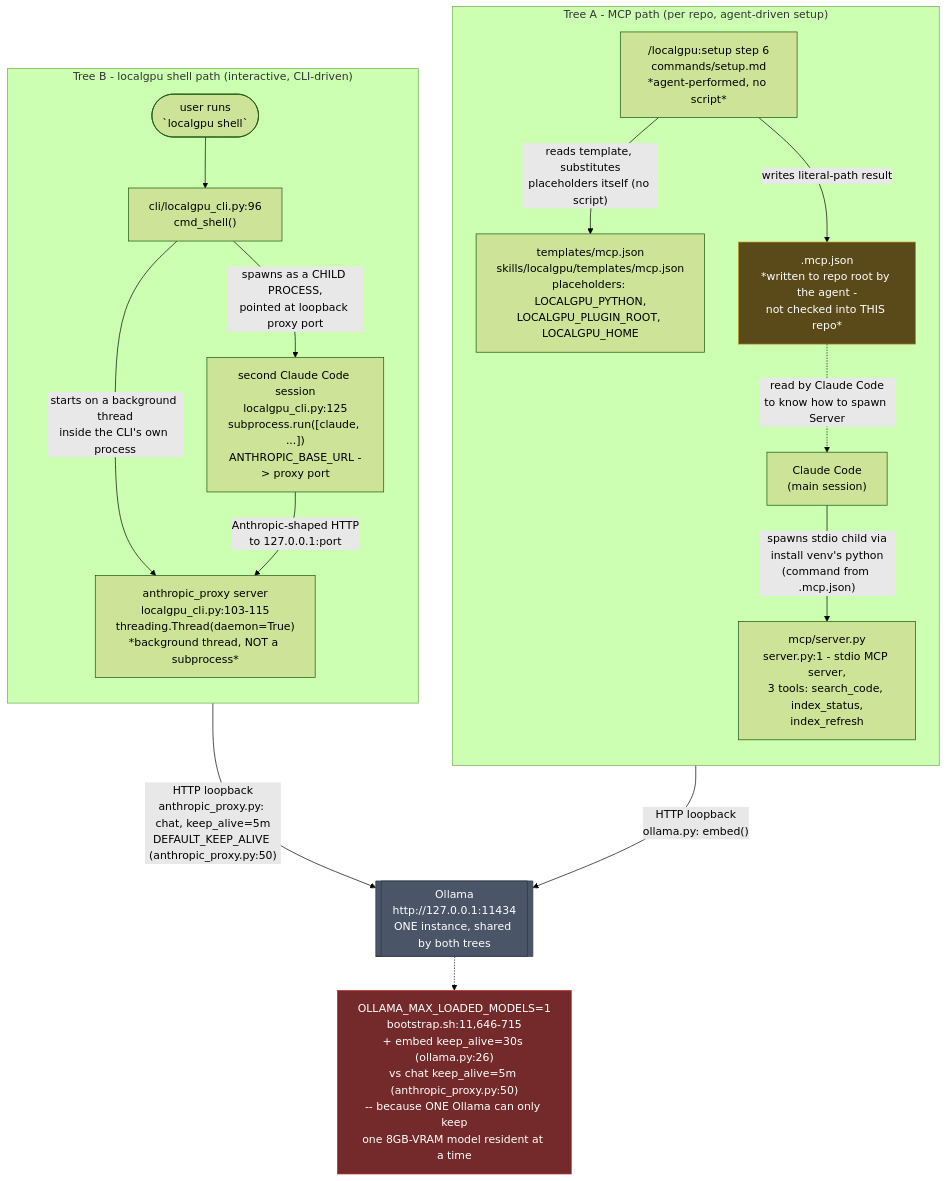
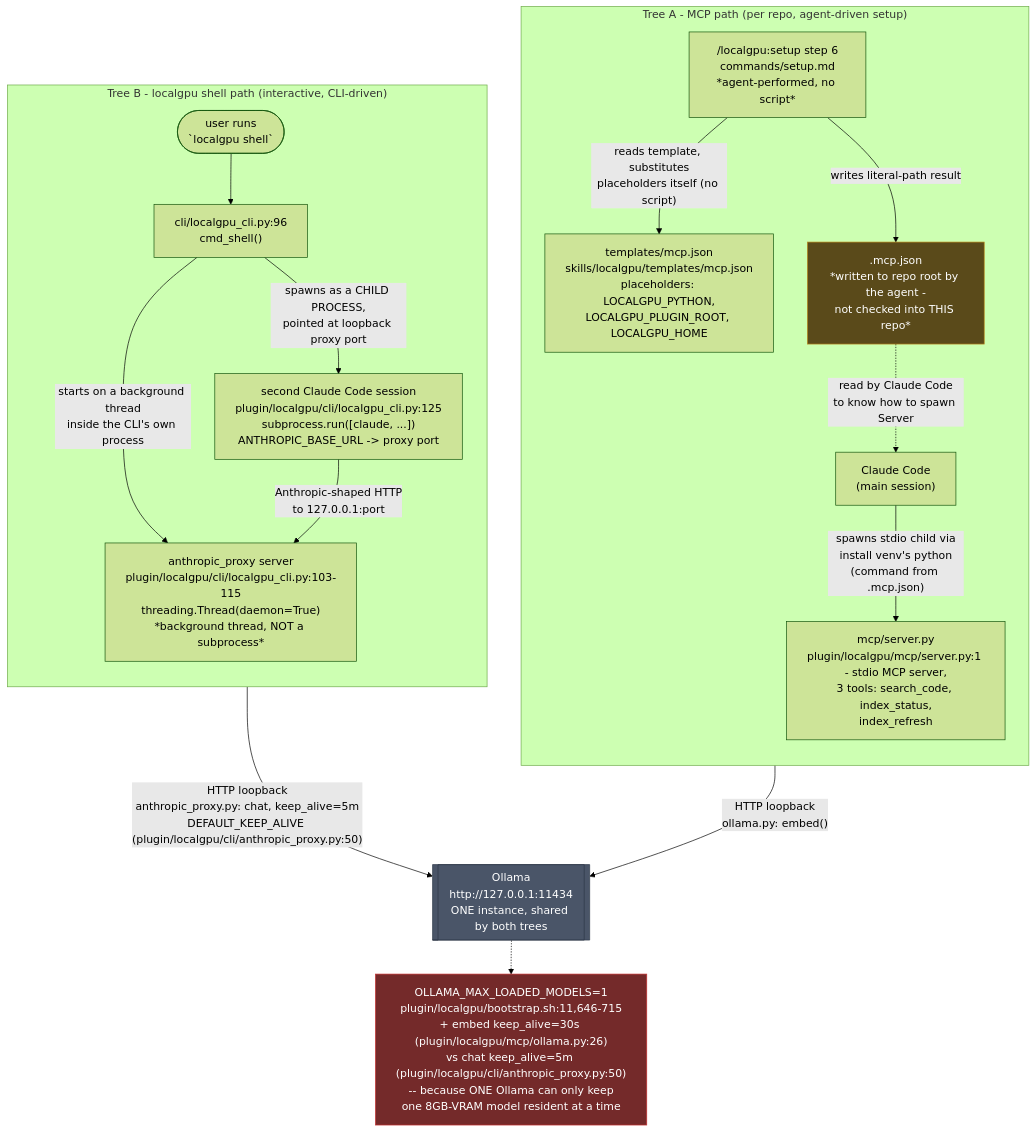
Before and after one commit to mbadali25/useful-claude-add-ons: the diagram in docs/diagrams/architecture.mmd, drawn with Mermaid (forest theme). The commit also changed 10 other files, not shown here.

First line of the commit message:
Re-anchor the codemap and diagrams, and make 31 anchors re-verifiable (#70)

```diff
--- a/docs/diagrams/architecture.mmd
+++ b/docs/diagrams/architecture.mmd
@@ -1,43 +1,44 @@
-%% anchor: useful-claude-add-ons@b56d41f
+%% anchor: useful-claude-add-ons@3167721f
+%% Anchors: plugin/localgpu/bootstrap.sh, plugin/localgpu/cli/anthropic_proxy.py, plugin/localgpu/cli/localgpu_cli.py, plugin/localgpu/commands/setup.md, plugin/localgpu/mcp/ollama.py, plugin/localgpu/mcp/server.py, plugin/localgpu/skills/localgpu/templates/mcp.json
 %% localgpu: two independent process trees sharing one Ollama.
 %% Verified against source on 2026-09-05; see comments for path:line.
 flowchart TB
 
     subgraph TreeA["Tree A - MCP path (per repo, agent-driven setup)"]
         direction TB
         CC1["Claude Code<br/>(main session)"]
         Setup["/localgpu:setup step 6<br/>commands/setup.md<br/>*agent-performed, no script*"]
         Template["templates/mcp.json<br/>skills/localgpu/templates/mcp.json<br/>placeholders: LOCALGPU_PYTHON,<br/>LOCALGPU_PLUGIN_ROOT, LOCALGPU_HOME"]
         MCPJson[".mcp.json<br/>*written to repo root by the agent -<br/>not checked into THIS repo*"]
-        Server["mcp/server.py<br/>server.py:1 - stdio MCP server,<br/>3 tools: search_code, index_status,<br/>index_refresh"]
+        Server["mcp/server.py<br/>plugin/localgpu/mcp/server.py:1 - stdio MCP server,<br/>3 tools: search_code, index_status,<br/>index_refresh"]
 
         CC1 -- "spawns stdio child via<br/>install venv's python<br/>(command from .mcp.json)" --> Server
         Setup -- "reads template, substitutes<br/>placeholders itself (no script)" --> Template
         Setup -- "writes literal-path result" --> MCPJson
         MCPJson -. "read by Claude Code<br/>to know how to spawn Server" .-> CC1
     end
 
     subgraph TreeB["Tree B - localgpu shell path (interactive, CLI-driven)"]
         direction TB
         User(["user runs<br/>`localgpu shell`"])
         CLI["cli/localgpu_cli.py:96<br/>cmd_shell()"]
-        ProxyThread["anthropic_proxy server<br/>localgpu_cli.py:103-115<br/>threading.Thread(daemon=True)<br/>*background thread, NOT a subprocess*"]
-        CC2["second Claude Code session<br/>localgpu_cli.py:125<br/>subprocess.run([claude, ...])<br/>ANTHROPIC_BASE_URL -> proxy port"]
+        ProxyThread["anthropic_proxy server<br/>plugin/localgpu/cli/localgpu_cli.py:103-115<br/>threading.Thread(daemon=True)<br/>*background thread, NOT a subprocess*"]
+        CC2["second Claude Code session<br/>plugin/localgpu/cli/localgpu_cli.py:125<br/>subprocess.run([claude, ...])<br/>ANTHROPIC_BASE_URL -> proxy port"]
 
         User --> CLI
         CLI -- "starts on a background thread<br/>inside the CLI's own process" --> ProxyThread
         CLI -- "spawns as a CHILD PROCESS,<br/>pointed at loopback proxy port" --> CC2
         CC2 -- "Anthropic-shaped HTTP<br/>to 127.0.0.1:port" --> ProxyThread
     end
 
     Ollama[["Ollama<br/>http://127.0.0.1:11434<br/>ONE instance, shared by both trees"]]
 
     Server -- "HTTP loopback<br/>ollama.py: embed()" --> Ollama
-    ProxyThread -- "HTTP loopback<br/>anthropic_proxy.py: chat, keep_alive=5m<br/>DEFAULT_KEEP_ALIVE (anthropic_proxy.py:50)" --> Ollama
+    ProxyThread -- "HTTP loopback<br/>anthropic_proxy.py: chat, keep_alive=5m<br/>DEFAULT_KEEP_ALIVE (plugin/localgpu/cli/anthropic_proxy.py:50)" --> Ollama
 
-    Constraint["OLLAMA_MAX_LOADED_MODELS=1<br/>bootstrap.sh:11,646-715<br/>+ embed keep_alive=30s (ollama.py:26)<br/>vs chat keep_alive=5m (anthropic_proxy.py:50)<br/>-- because ONE Ollama can only keep<br/>one 8GB-VRAM model resident at a time"]
+    Constraint["OLLAMA_MAX_LOADED_MODELS=1<br/>plugin/localgpu/bootstrap.sh:11,646-715<br/>+ embed keep_alive=30s (plugin/localgpu/mcp/ollama.py:26)<br/>vs chat keep_alive=5m (plugin/localgpu/cli/anthropic_proxy.py:50)<br/>-- because ONE Ollama can only keep<br/>one 8GB-VRAM model resident at a time"]
     Ollama -.-> Constraint
 
     style Ollama fill:#4a5568,stroke:#2d3748,color:#fff
     style Constraint fill:#742a2a,stroke:#c53030,color:#fff
     style MCPJson fill:#5a4a1a,stroke:#b7861a,color:#fff
```
